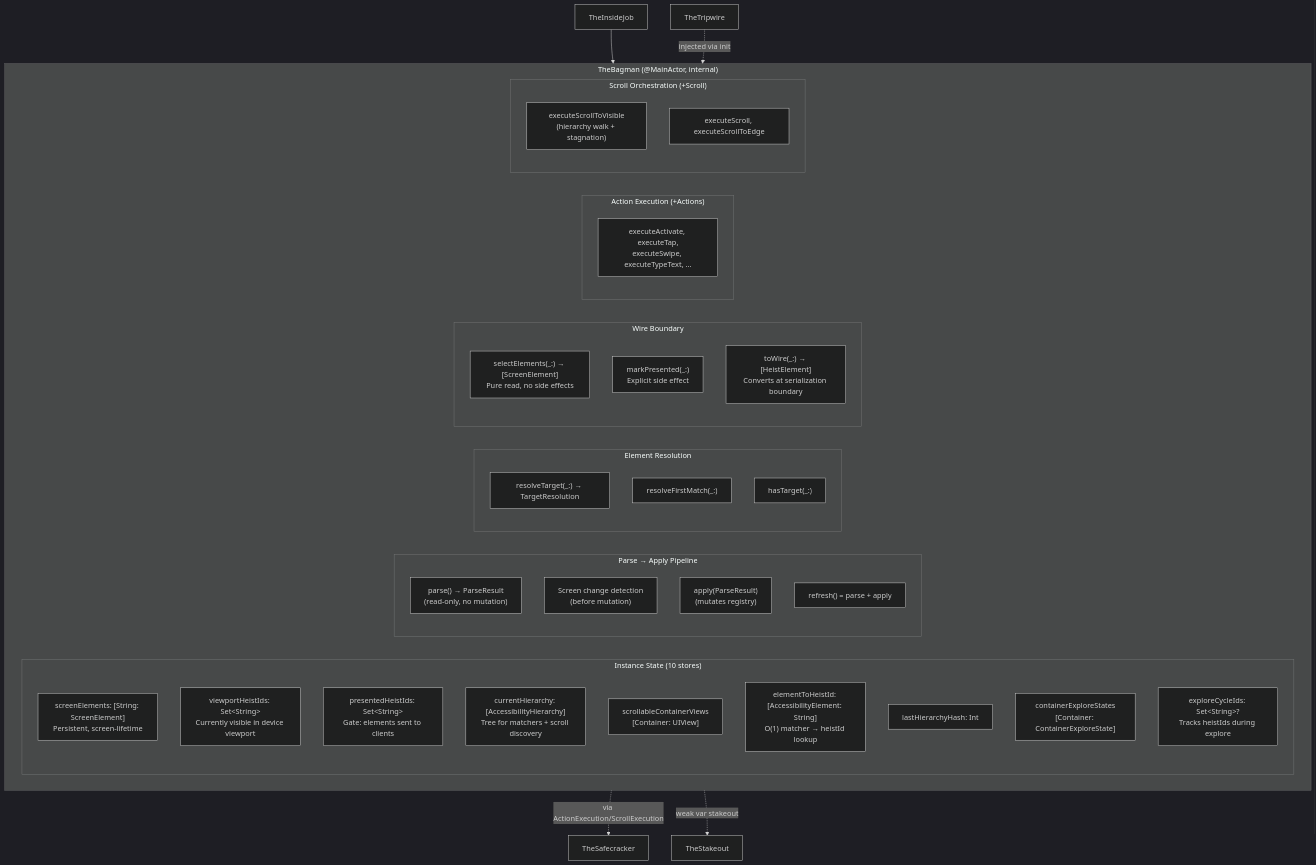
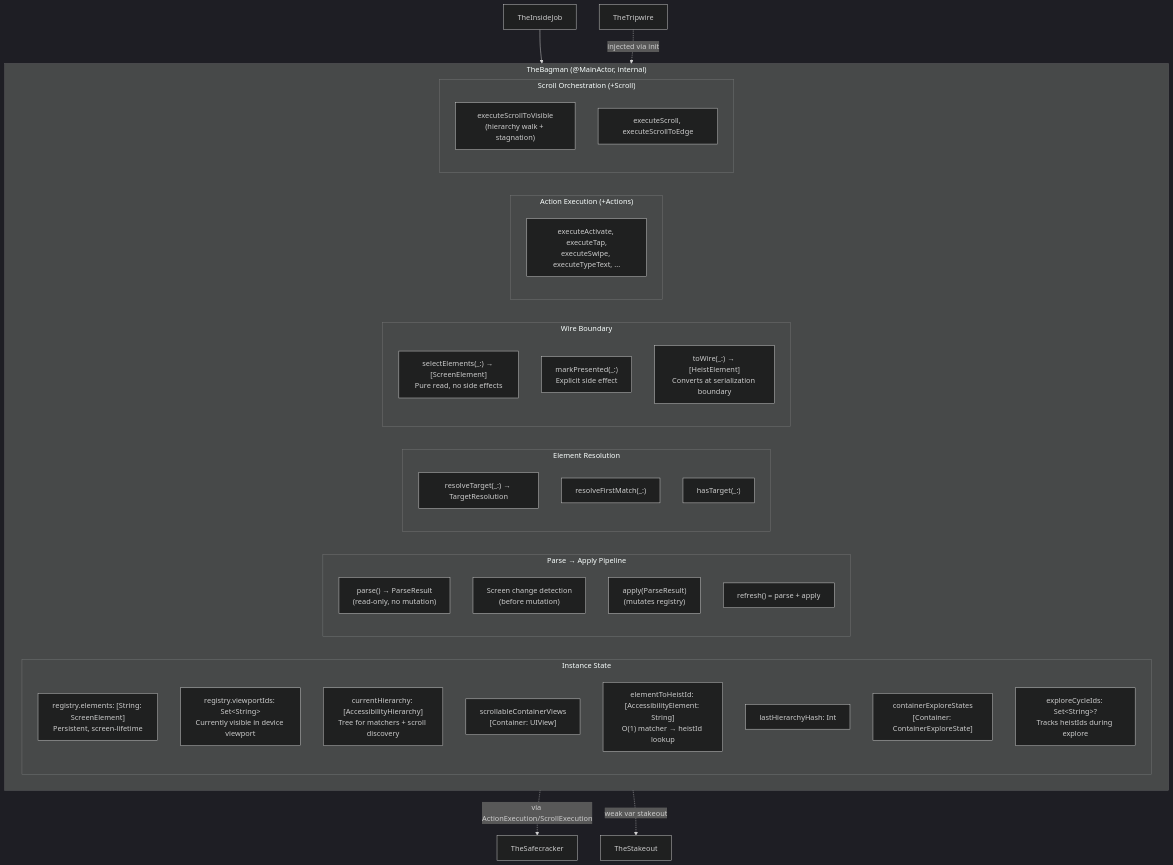
One commit to RoyalPineapple/TheButtonHeist changed the second of 7 diagrams in docs/dossiers/13-THEBAGMAN.md. Above: the diagram before and after it, drawn with Mermaid (dark theme). The commit also changed other lines of this file and 2 other files, not shown here.

````diff
--- a/docs/dossiers/13-THEBAGMAN.md
+++ b/docs/dossiers/13-THEBAGMAN.md
@@ -66,49 +66,48 @@
 ```mermaid
 graph TD
     subgraph TheBagman["TheBagman (@MainActor, internal)"]
-        subgraph Stores["Instance State (10 stores)"]
-            Registry["screenElements: [String: ScreenElement]<br/>Persistent, screen-lifetime"]
-            Viewport["viewportHeistIds: Set&lt;String&gt;<br/>Currently visible in device viewport"]
-            Presented["presentedHeistIds: Set&lt;String&gt;<br/>Gate: elements sent to clients"]
+        subgraph Stores["Instance State"]
+            Registry["registry.elements: [String: ScreenElement]<br/>Persistent, screen-lifetime"]
+            Viewport["registry.viewportIds: Set&lt;String&gt;<br/>Currently visible in device viewport"]
             Hierarchy["currentHierarchy: [AccessibilityHierarchy]<br/>Tree for matchers + scroll discovery"]
             ScrollViews["scrollableContainerViews<br/>[Container: UIView]"]
             ReverseIdx["elementToHeistId: [AccessibilityElement: String]<br/>O(1) matcher → heistId lookup"]
             Hash["lastHierarchyHash: Int"]
             ContainerCache["containerExploreStates<br/>[Container: ContainerExploreState]"]
             ExploreCycle["exploreCycleIds: Set&lt;String&gt;?<br/>Tracks heistIds during explore"]
         end
 
         subgraph Pipeline["Parse → Apply Pipeline"]
             Parse["parse() → ParseResult<br/>(read-only, no mutation)"]
             Detect["Screen change detection<br/>(before mutation)"]
             Apply["apply(ParseResult)<br/>(mutates registry)"]
             Refresh["refresh() = parse + apply"]
         end
 
         subgraph Resolution["Element Resolution"]
             ResolveTarget["resolveTarget(_:) → TargetResolution"]
             ResolveFirstMatch["resolveFirstMatch(_:)"]
             HasTarget["hasTarget(_:)"]
         end
 
         subgraph Wire["Wire Boundary"]
             Select["selectElements(_:) → [ScreenElement]<br/>Pure read, no side effects"]
             Mark["markPresented(_:)<br/>Explicit side effect"]
             ToWire["toWire(_:) → [HeistElement]<br/>Converts at serialization boundary"]
         end
 
         subgraph Actions["Action Execution (+Actions)"]
             Activate["executeActivate, executeTap,<br/>executeSwipe, executeTypeText, ..."]
         end
 
         subgraph Scrolling["Scroll Orchestration (+Scroll)"]
             ScrollVis["executeScrollToVisible<br/>(hierarchy walk + stagnation)"]
             ScrollCmd["executeScroll, executeScrollToEdge"]
         end
     end
 
     TheInsideJob["TheInsideJob"] --> TheBagman
     TheTripwire["TheTripwire"] -.->|injected via init| TheBagman
     TheBagman -.->|"via ActionExecution/ScrollExecution"| TheSafecracker["TheSafecracker"]
     TheBagman -.->|"weak var stakeout"| TheStakeout["TheStakeout"]
 ```
````
